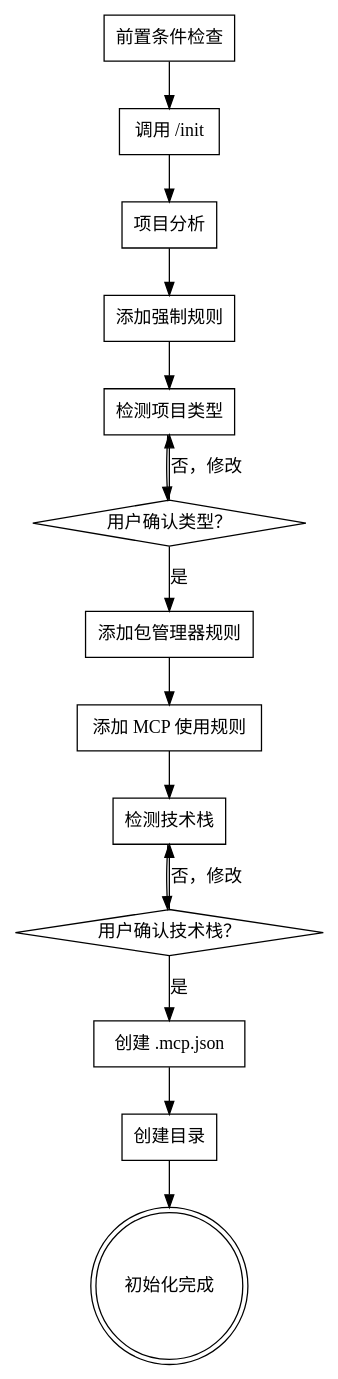
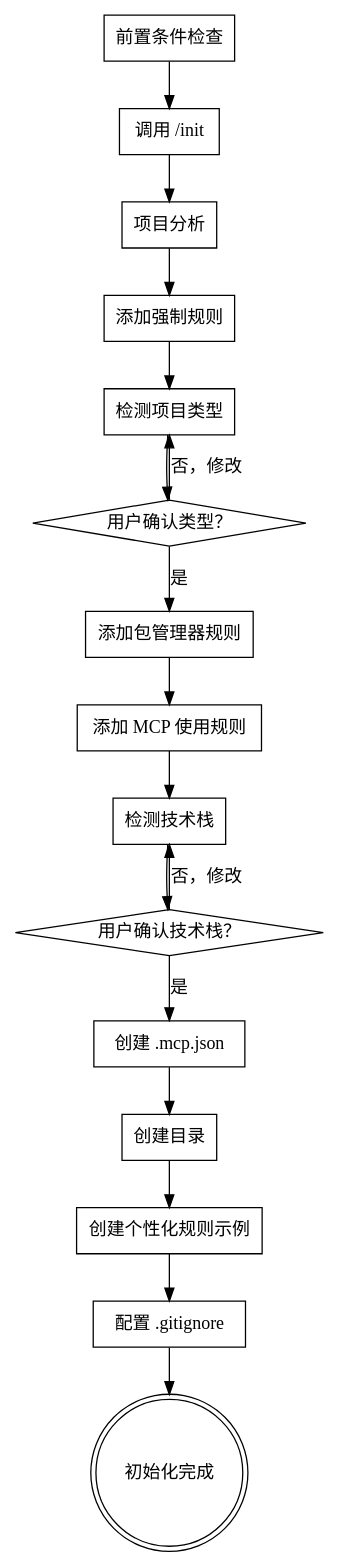
One commit to ymm512/Cadence-skills changed the diagram in skills/cadencing/SKILL.md. Above: the diagram before and after it, drawn with Graphviz. The commit also changed other lines of this file, not shown here.

First line of the commit message:
feat(cadencing): 添加 .gitignore 配置和重启说明

````diff
--- a/skills/cadencing/SKILL.md
+++ b/skills/cadencing/SKILL.md
@@ -79,32 +80,36 @@
 ```dot
 digraph cadencing {
     "前置条件检查" [shape=box];
     "调用 /init" [shape=box];
     "项目分析" [shape=box];
     "添加强制规则" [shape=box];
     "检测项目类型" [shape=box];
     "用户确认类型？" [shape=diamond];
     "添加包管理器规则" [shape=box];
     "添加 MCP 使用规则" [shape=box];
     "检测技术栈" [shape=box];
     "用户确认技术栈？" [shape=diamond];
     "创建 .mcp.json" [shape=box];
     "创建目录" [shape=box];
+    "创建个性化规则示例" [shape=box];
+    "配置 .gitignore" [shape=box];
     "初始化完成" [shape=doublecircle];
 
     "前置条件检查" -> "调用 /init";
     "调用 /init" -> "项目分析";
     "项目分析" -> "添加强制规则";
     "添加强制规则" -> "检测项目类型";
     "检测项目类型" -> "用户确认类型？";
     "用户确认类型？" -> "检测项目类型" [label="否，修改"];
     "用户确认类型？" -> "添加包管理器规则" [label="是"];
     "添加包管理器规则" -> "添加 MCP 使用规则";
     "添加 MCP 使用规则" -> "检测技术栈";
     "检测技术栈" -> "用户确认技术栈？";
     "用户确认技术栈？" -> "检测技术栈" [label="否，修改"];
     "用户确认技术栈？" -> "创建 .mcp.json" [label="是"];
     "创建 .mcp.json" -> "创建目录";
-    "创建目录" -> "初始化完成";
+    "创建目录" -> "创建个性化规则示例";
+    "创建个性化规则示例" -> "配置 .gitignore";
+    "配置 .gitignore" -> "初始化完成";
 }
 ```
````
